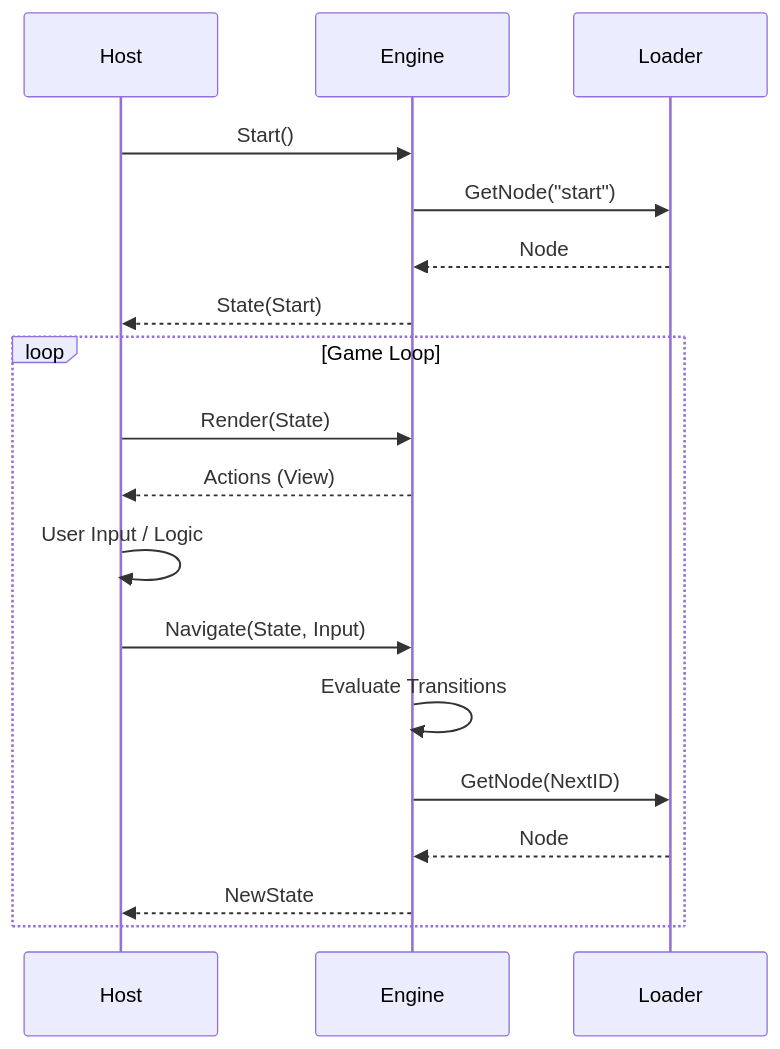
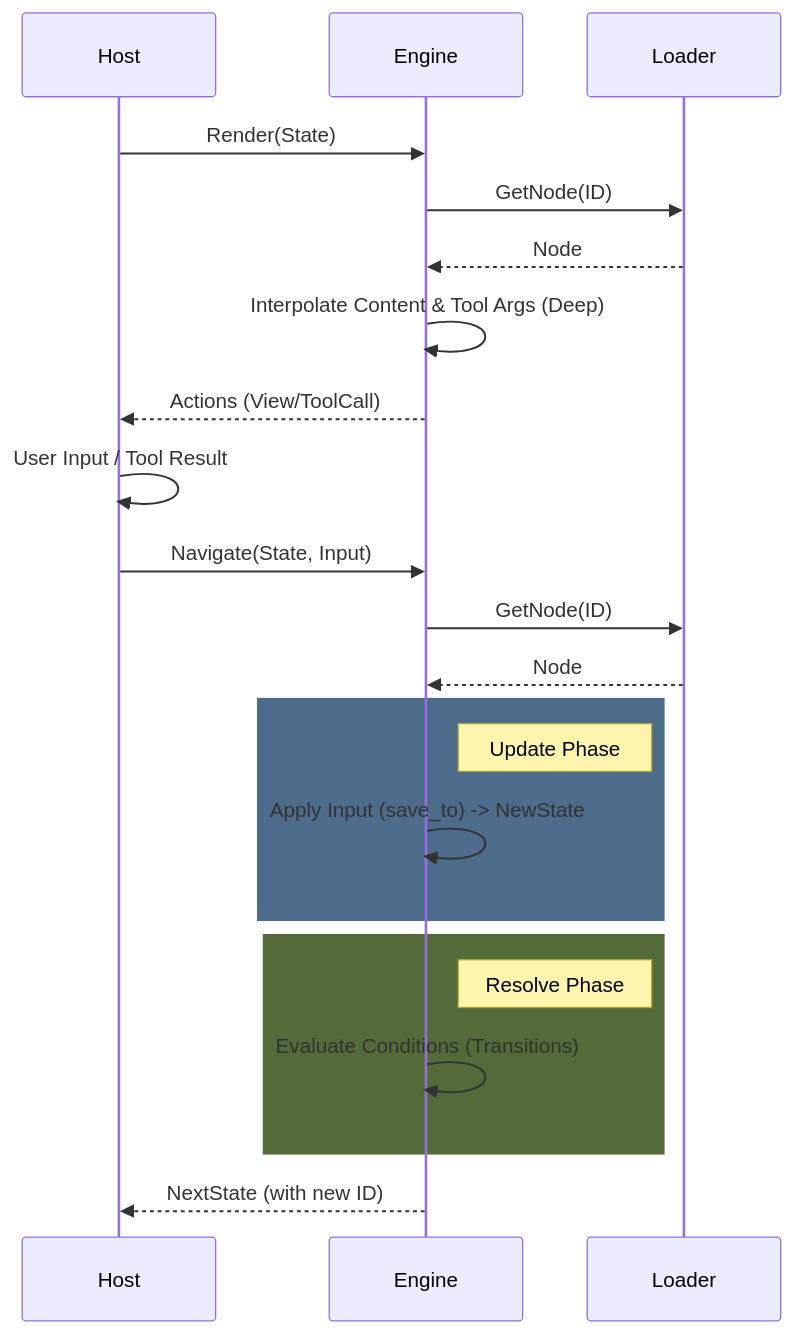
The second of 6 diagrams in docs/TECHNICAL.md (aretw0/trellis), drawn with Mermaid before and after one commit. The commit also changed other lines of this file and 3 other files, not shown here.

Commit message:
refactor(core): implement resolve-execute-update lifecycle and tool args interpolation

````diff
--- a/docs/TECHNICAL.md
+++ b/docs/TECHNICAL.md
@@ -40,22 +42,30 @@
 ```mermaid
 sequenceDiagram
     participant Host
     participant Engine
     participant Loader
+
+    Host->>Engine: Render(State)
+    Engine->>Loader: GetNode(ID)
+    Loader-->>Engine: Node
+    Engine->>Engine: Interpolate Content & Tool Args (Deep)
+    Engine-->>Host: Actions (View/ToolCall)
     
-    Host->>Engine: Start()
-    Engine->>Loader: GetNode("start")
+    Host->>Host: User Input / Tool Result
+    
+    Host->>Engine: Navigate(State, Input)
+    Engine->>Loader: GetNode(ID)
     Loader-->>Engine: Node
-    Engine-->>Host: State(Start)
     
-    loop Game Loop
-        Host->>Engine: Render(State)
-        Engine-->>Host: Actions (View)
-        Host->>Host: User Input / Logic
-        Host->>Engine: Navigate(State, Input)
-        Engine->>Engine: Evaluate Transitions
-        Engine->>Loader: GetNode(NextID)
-        Loader-->>Engine: Node
-        Engine-->>Host: NewState
+    rect rgba(77, 107, 138, 1)
+        note right of Engine: Update Phase
+        Engine->>Engine: Apply Input (save_to) -> NewState
     end
+    
+    rect rgba(82, 107, 56, 1)
+        note right of Engine: Resolve Phase
+        Engine->>Engine: Evaluate Conditions (Transitions)
+    end
+    
+    Engine-->>Host: NextState (with new ID)
 ```
````
